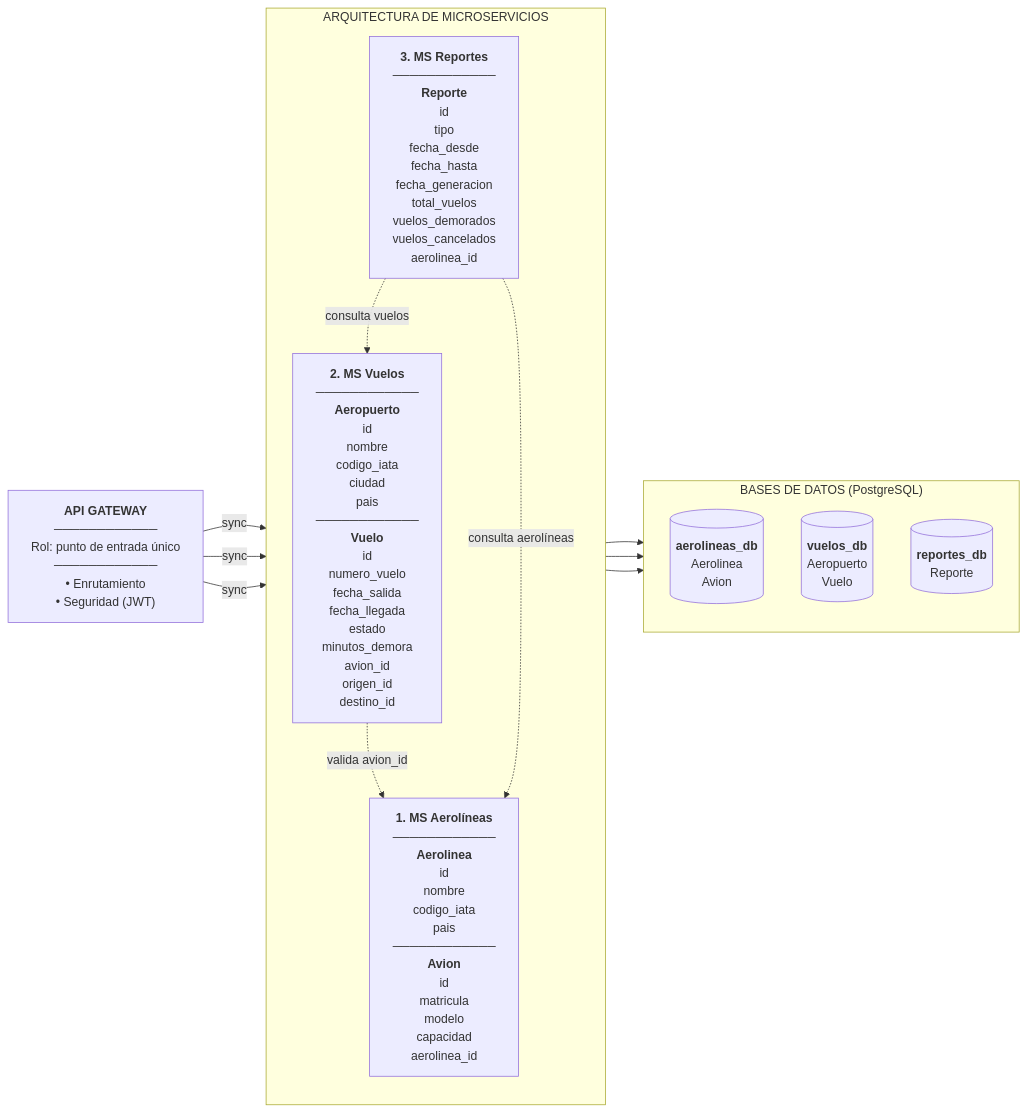
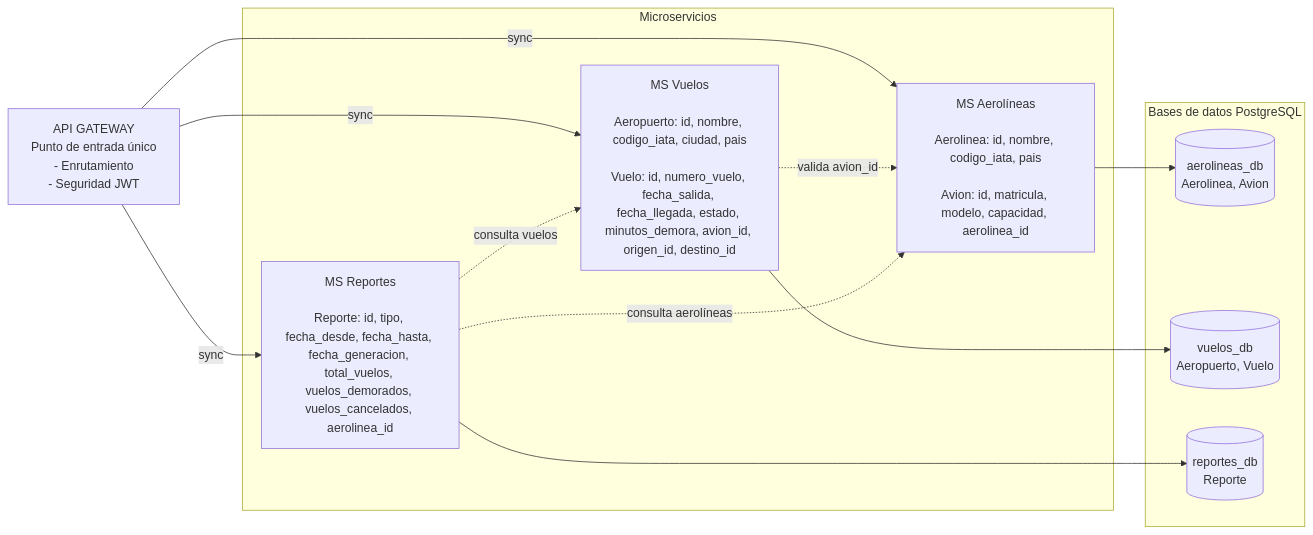
The diagram in reporte-vuelos/README.md (GerardoAcu/Reporte-vuelos), drawn with Mermaid before and after one commit. The commit also changed other lines of this file, not shown here.

````diff
--- a/reporte-vuelos/README.md
+++ b/reporte-vuelos/README.md
@@ -31,26 +31,26 @@
 ```mermaid
 flowchart LR
-    GW["<b>API GATEWAY</b><br/>────────────<br/>Rol: punto de entrada único<br/>────────────<br/>• Enrutamiento<br/>• Seguridad (JWT)"]
+    GW["API GATEWAY<br/>Punto de entrada único<br/>- Enrutamiento<br/>- Seguridad JWT"]
 
-    subgraph MS["ARQUITECTURA DE MICROSERVICIOS"]
-        direction TB
-        M1["<b>1. MS Aerolíneas</b><br/>────────────<br/><b>Aerolinea</b><br/>id<br/>nombre<br/>codigo_iata<br/>pais<br/>────────────<br/><b>Avion</b><br/>id<br/>matricula<br/>modelo<br/>capacidad<br/>aerolinea_id"]
-        M2["<b>2. MS Vuelos</b><br/>────────────<br/><b>Aeropuerto</b><br/>id<br/>nombre<br/>codigo_iata<br/>ciudad<br/>pais<br/>────────────<br/><b>Vuelo</b><br/>id<br/>numero_vuelo<br/>fecha_salida<br/>fecha_llegada<br/>estado<br/>minutos_demora<br/>avion_id<br/>origen_id<br/>destino_id"]
-        M3["<b>3. MS Reportes</b><br/>────────────<br/><b>Reporte</b><br/>id<br/>tipo<br/>fecha_desde<br/>fecha_hasta<br/>fecha_generacion<br/>total_vuelos<br/>vuelos_demorados<br/>vuelos_cancelados<br/>aerolinea_id"]
+    subgraph MS["Microservicios"]
+        M1["MS Aerolíneas<br/><br/>Aerolinea: id, nombre, codigo_iata, pais<br/><br/>Avion: id, matricula, modelo, capacidad, aerolinea_id"]
+        M2["MS Vuelos<br/><br/>Aeropuerto: id, nombre, codigo_iata, ciudad, pais<br/><br/>Vuelo: id, numero_vuelo, fecha_salida, fecha_llegada, estado, minutos_demora, avion_id, origen_id, destino_id"]
+        M3["MS Reportes<br/><br/>Reporte: id, tipo, fecha_desde, fecha_hasta, fecha_generacion, total_vuelos, vuelos_demorados, vuelos_cancelados, aerolinea_id"]
     end
 
-    subgraph BD["BASES DE DATOS (PostgreSQL)"]
-        direction TB
-        D1[("<b>aerolineas_db</b><br/>Aerolinea<br/>Avion")]
-        D2[("<b>vuelos_db</b><br/>Aeropuerto<br/>Vuelo")]
-        D3[("<b>reportes_db</b><br/>Reporte")]
+    subgraph BD["Bases de datos PostgreSQL"]
+        D1[("aerolineas_db<br/>Aerolinea, Avion")]
+        D2[("vuelos_db<br/>Aeropuerto, Vuelo")]
+        D3[("reportes_db<br/>Reporte")]
     end
 
-    GW -- "sync" --> M1 & M2 & M3
-    M2 -. "valida avion_id" .-> M1
-    M3 -. "consulta vuelos" .-> M2
-    M3 -. "consulta aerolíneas" .-> M1
+    GW -->|sync| M1
+    GW -->|sync| M2
+    GW -->|sync| M3
+    M2 -.->|valida avion_id| M1
+    M3 -.->|consulta vuelos| M2
+    M3 -.->|consulta aerolíneas| M1
     M1 --> D1
     M2 --> D2
     M3 --> D3
 ```
````
